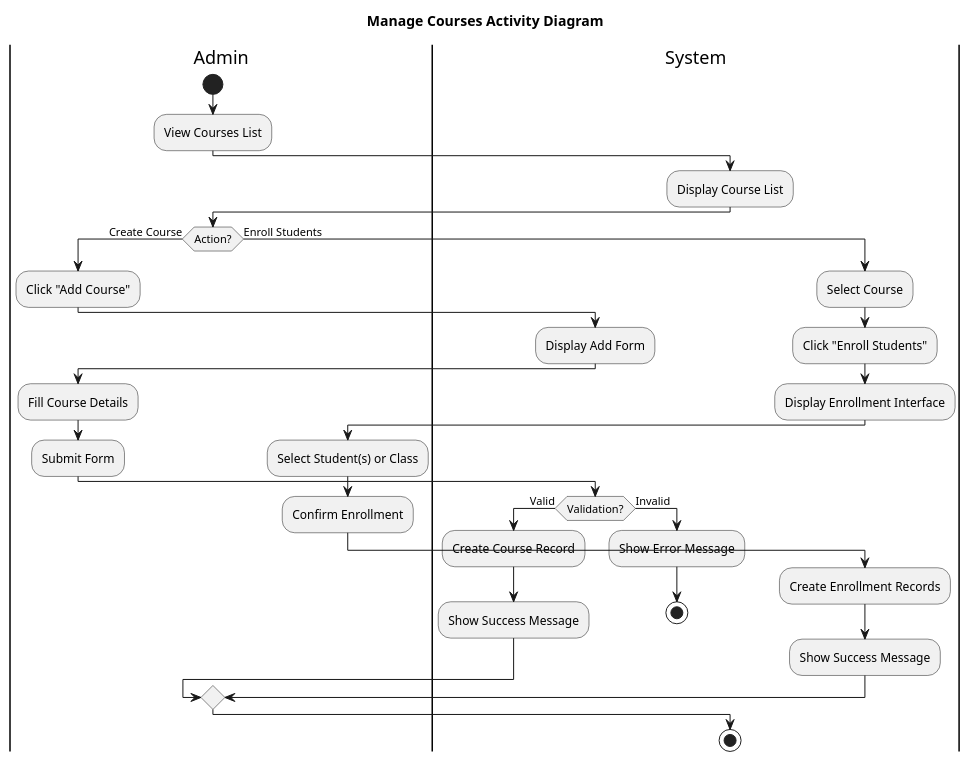
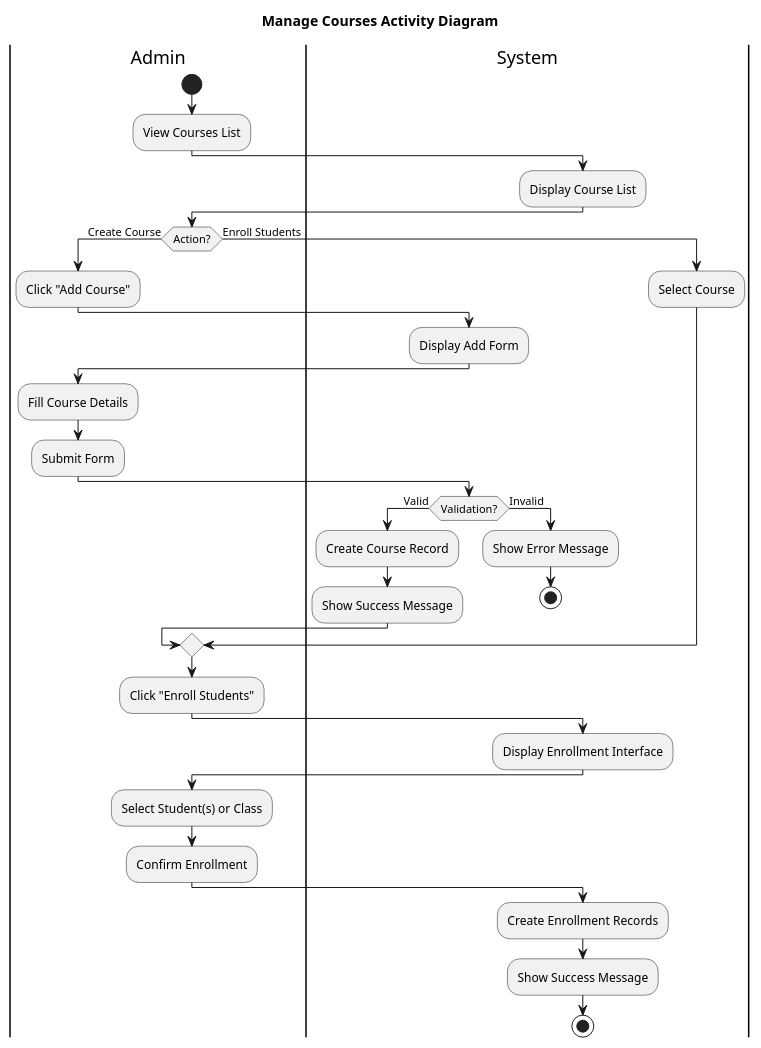
One commit to rafifgpt21-ai/jalms changed the diagram in design-summary/activity-diagram/activity-diagram-admin-manage-courses.puml. Above: the diagram before and after it, drawn with PlantUML. The commit also changed 20 other files, not shown here.

```diff
--- a/design-summary/activity-diagram/activity-diagram-admin-manage-courses.puml
+++ b/design-summary/activity-diagram/activity-diagram-admin-manage-courses.puml
@@ -1,38 +1,40 @@
 @startuml
 title Manage Courses Activity Diagram
 |Admin|
 start
 :View Courses List;
 |System|
 :Display Course List;
 |Admin|
 if (Action?) then (Create Course)
     :Click "Add Course";
     |System|
     :Display Add Form;
     |Admin|
     :Fill Course Details;
     :Submit Form;
     |System|
     if (Validation?) then (Valid)
         :Create Course Record;
         :Show Success Message;
     else (Invalid)
         :Show Error Message;
         stop
     endif
 else (Enroll Students)
     :Select Course;
-    :Click "Enroll Students";
-    |System|
-    :Display Enrollment Interface;
-    |Admin|
-    :Select Student(s) or Class;
-    :Confirm Enrollment;
-    |System|
-    :Create Enrollment Records;
-    :Show Success Message;
 endif
+
+|Admin|
+:Click "Enroll Students";
+|System|
+:Display Enrollment Interface;
+|Admin|
+:Select Student(s) or Class;
+:Confirm Enrollment;
+|System|
+:Create Enrollment Records;
+:Show Success Message;
 
 stop
 @enduml
```
